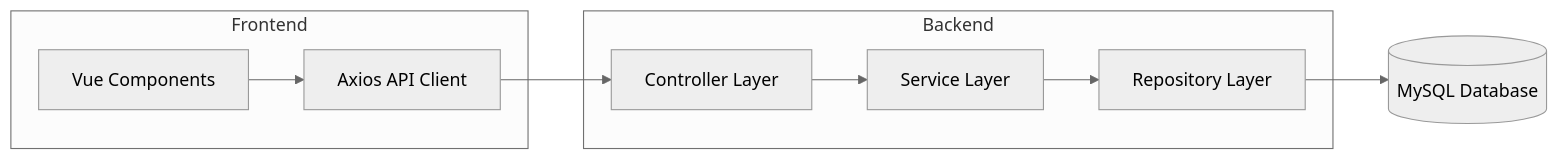
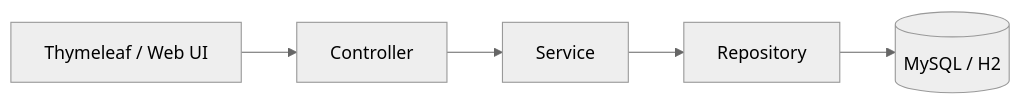
Before and after one commit to tatsu-aka/demo3: the diagram in README.md, drawn with Mermaid (neutral theme). The commit also changed other lines of this file and 3 other files, not shown here.

````diff
--- a/README.md
+++ b/README.md
@@ -358,21 +102,7 @@
 ```mermaid
 graph LR
-    subgraph Frontend
-        VUE[Vue Components]
-        API[Axios API Client]
-        VUE --> API
-    end
-
-    subgraph Backend
-        CONTROLLER[Controller Layer]
-        SERVICE[Service Layer]
-        REPOSITORY[Repository Layer]
-    end
-
-    DB[(MySQL Database)]
-
-    API --> CONTROLLER
-    CONTROLLER --> SERVICE
-    SERVICE --> REPOSITORY
-    REPOSITORY --> DB
+    UI[Thymeleaf / Web UI] --> Controller
+    Controller --> Service
+    Service --> Repository
+    Repository --> DB[(MySQL / H2)]
 ```
````
